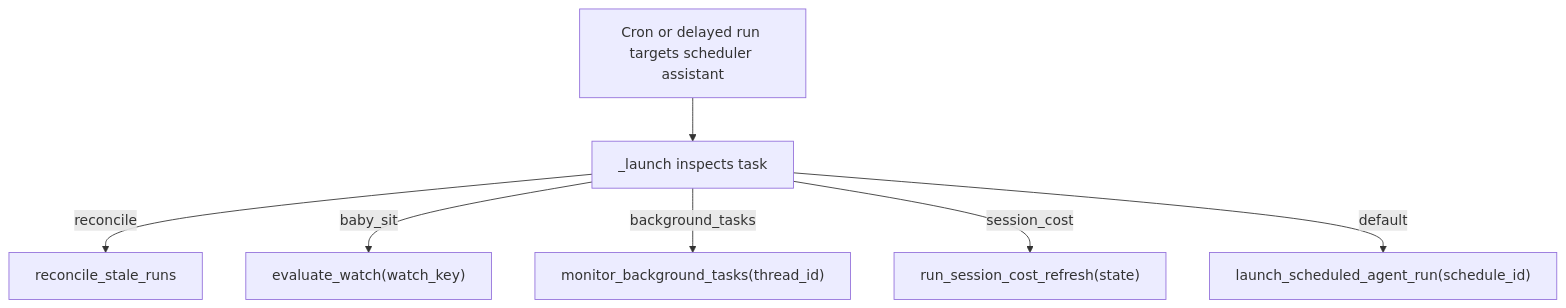
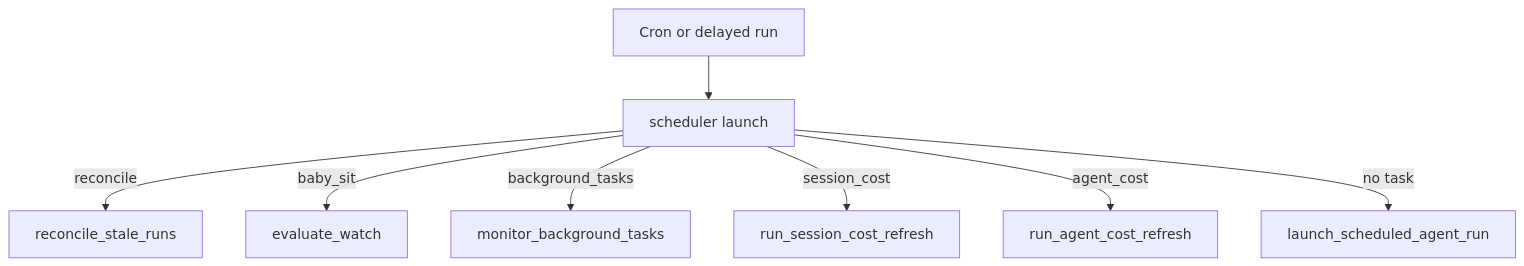
One commit to langchain-ai/open-swe changed the first of 2 diagrams in openwiki/workflows/scheduling-and-baby-sit.md. Above: the diagram before and after it, drawn with Mermaid. The commit also changed other lines of this file and 52 other files, not shown here.

````diff
--- a/openwiki/workflows/scheduling-and-baby-sit.md
+++ b/openwiki/workflows/scheduling-and-baby-sit.md
@@ -84,9 +67,10 @@
 ```mermaid
 flowchart TD
-  Tick["Cron or delayed run targets scheduler assistant"] --> Launch["_launch inspects task"]
-  Launch -->|reconcile| Rec["reconcile_stale_runs"]
-  Launch -->|baby_sit| Baby["evaluate_watch(watch_key)"]
-  Launch -->|background_tasks| Bg["monitor_background_tasks(thread_id)"]
-  Launch -->|session_cost| Cost["run_session_cost_refresh(state)"]
-  Launch -->|default| Sched["launch_scheduled_agent_run(schedule_id)"]
+  Tick["Cron or delayed run"] --> Launch["scheduler launch"]
+  Launch -->|reconcile| Reconcile["reconcile_stale_runs"]
+  Launch -->|baby_sit| Watch["evaluate_watch"]
+  Launch -->|background_tasks| Background["monitor_background_tasks"]
+  Launch -->|session_cost| SessionCost["run_session_cost_refresh"]
+  Launch -->|agent_cost| AgentCost["run_agent_cost_refresh"]
+  Launch -->|no task| Schedule["launch_scheduled_agent_run"]
 ```
````
